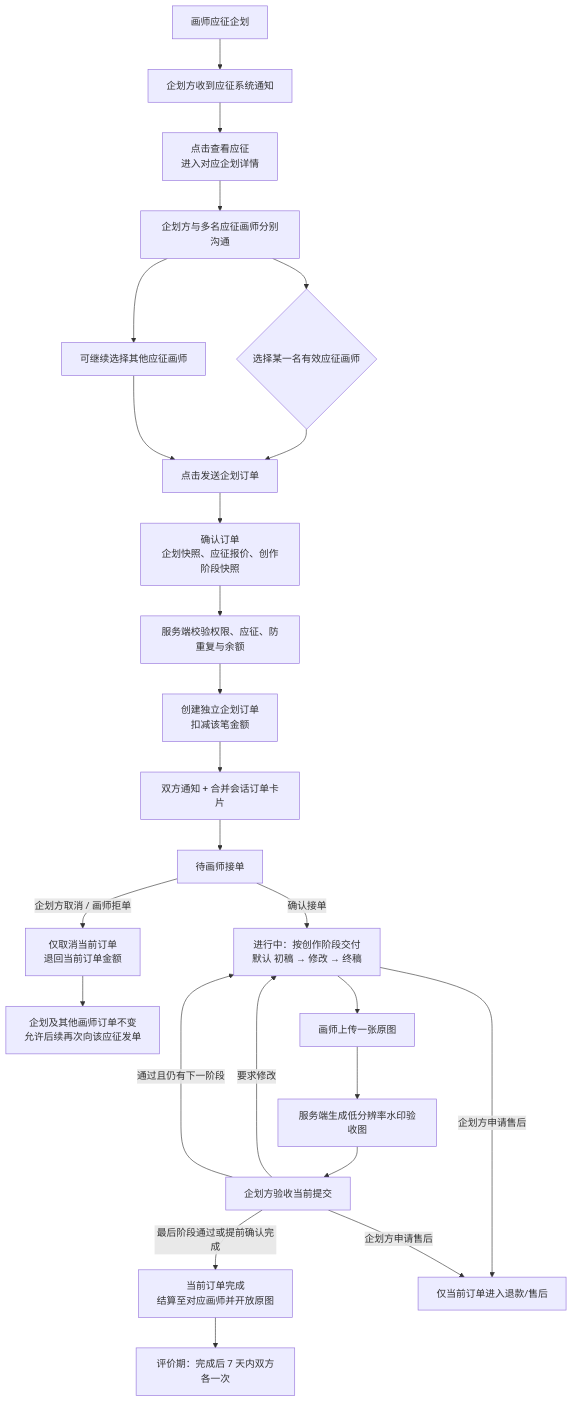
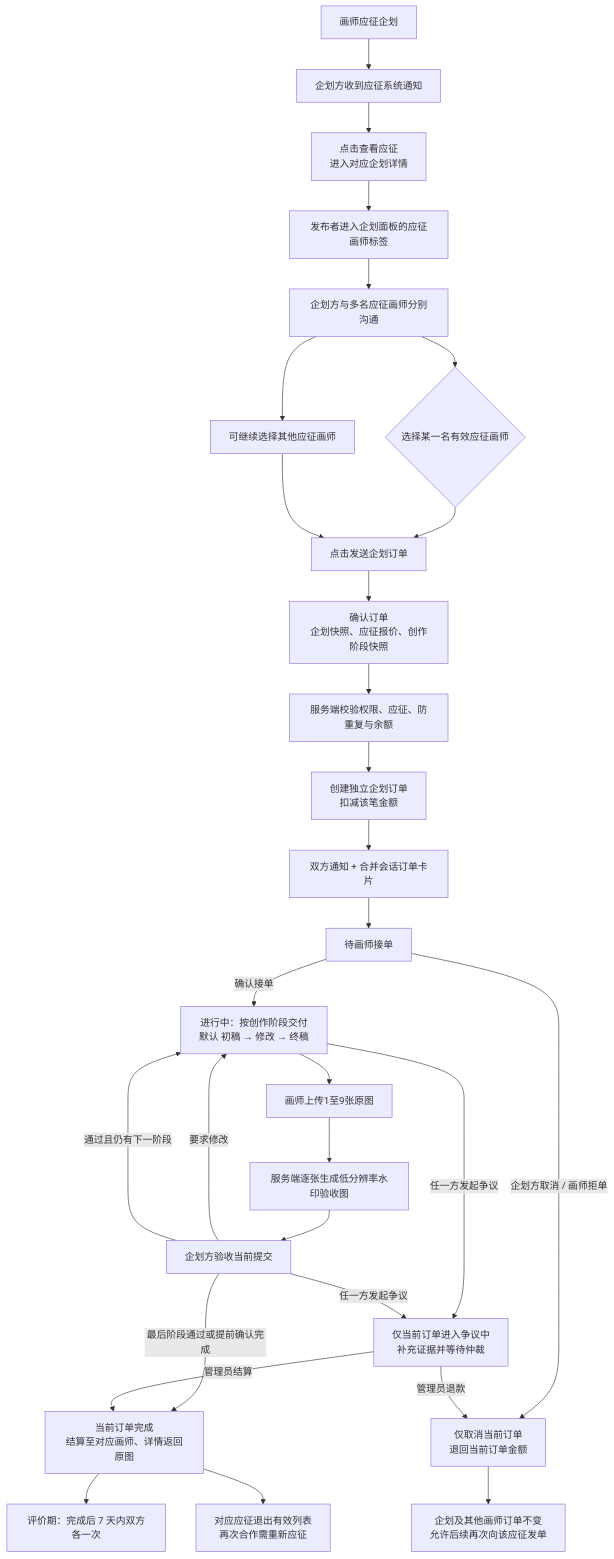
One commit to shizunana/Artiv changed the diagram in docs/功能流程/企划订单交易状态流转.mmd. Above: the diagram before and after it, drawn with Mermaid. The commit also changed 35 other files, not shown here.

```diff
--- a/docs/功能流程/企划订单交易状态流转.mmd
+++ b/docs/功能流程/企划订单交易状态流转.mmd
@@ -1,28 +1,33 @@
 flowchart TD
+  %% 2026-09-05 依据 fec304f 静态同步；原图仅在详情响应层隐藏，文件直链尚未鉴权。
   A[画师应征企划] --> B[企划方收到应征系统通知]
   B --> C[点击查看应征\n进入对应企划详情]
-  C --> D[企划方与多名应征画师分别沟通]
+  C --> C1[发布者进入企划面板的应征画师标签]
+  C1 --> D[企划方与多名应征画师分别沟通]
   D --> E{选择某一名有效应征画师}
   E --> F[点击发送企划订单]
   F --> G[确认订单\n企划快照、应征报价、创作阶段快照]
   G --> H[服务端校验权限、应征、防重复与余额]
   H --> I[创建独立企划订单\n扣减该笔金额]
   I --> J[双方通知 + 合并会话订单卡片]
   J --> K[待画师接单]
 
   K -->|确认接单| L[进行中：按创作阶段交付\n默认 初稿 → 修改 → 终稿]
   K -->|企划方取消 / 画师拒单| X[仅取消当前订单\n退回当前订单金额]
   X --> Y[企划及其他画师订单不变\n允许后续再次向该应征发单]
 
-  L --> M[画师上传一张原图]
-  M --> N[服务端生成低分辨率水印验收图]
+  L --> M[画师上传1至9张原图]
+  M --> N[服务端逐张生成低分辨率水印验收图]
   N --> O[企划方验收当前提交]
   O -->|要求修改| L
   O -->|通过且仍有下一阶段| L
-  O -->|最后阶段通过或提前确认完成| P[当前订单完成\n结算至对应画师并开放原图]
+  O -->|最后阶段通过或提前确认完成| P[当前订单完成\n结算至对应画师、详情返回原图]
   P --> Q[评价期：完成后 7 天内双方各一次]
-  L -->|企划方申请售后| S[仅当前订单进入退款/售后]
-  O -->|企划方申请售后| S
+  P --> T[对应应征退出有效列表\n再次合作需重新应征]
+  L -->|任一方发起争议| S[仅当前订单进入争议中\n补充证据并等待仲裁]
+  O -->|任一方发起争议| S
+  S -->|管理员结算| P
+  S -->|管理员退款| X
 
   D --> R[可继续选择其他应征画师]
   R --> F
```
